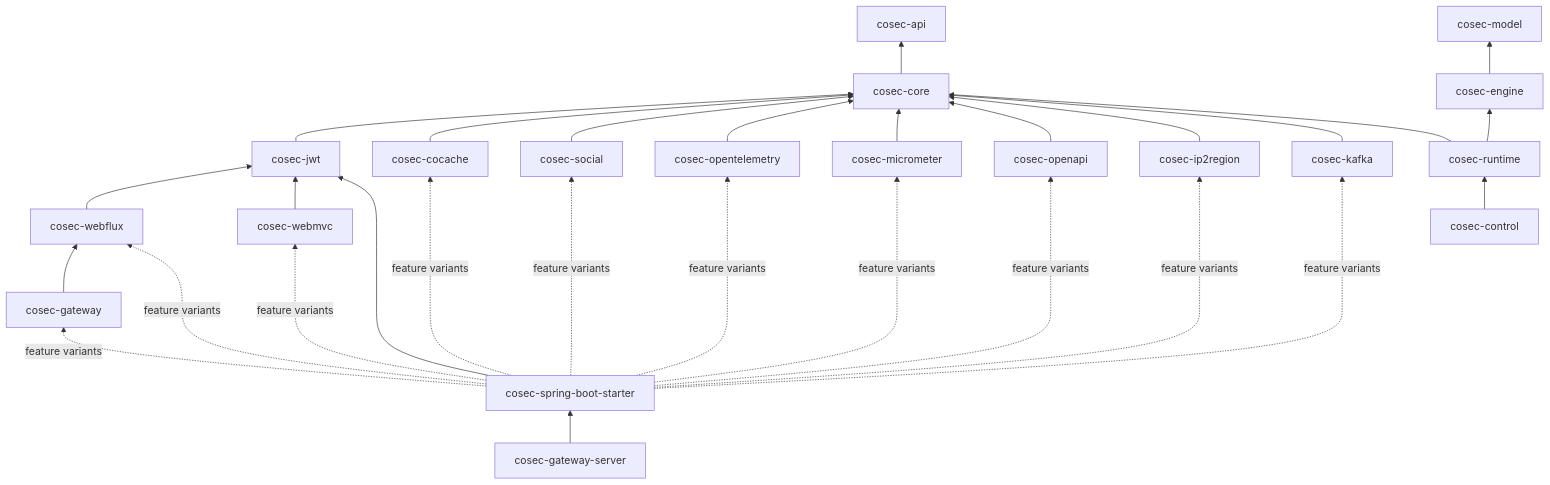
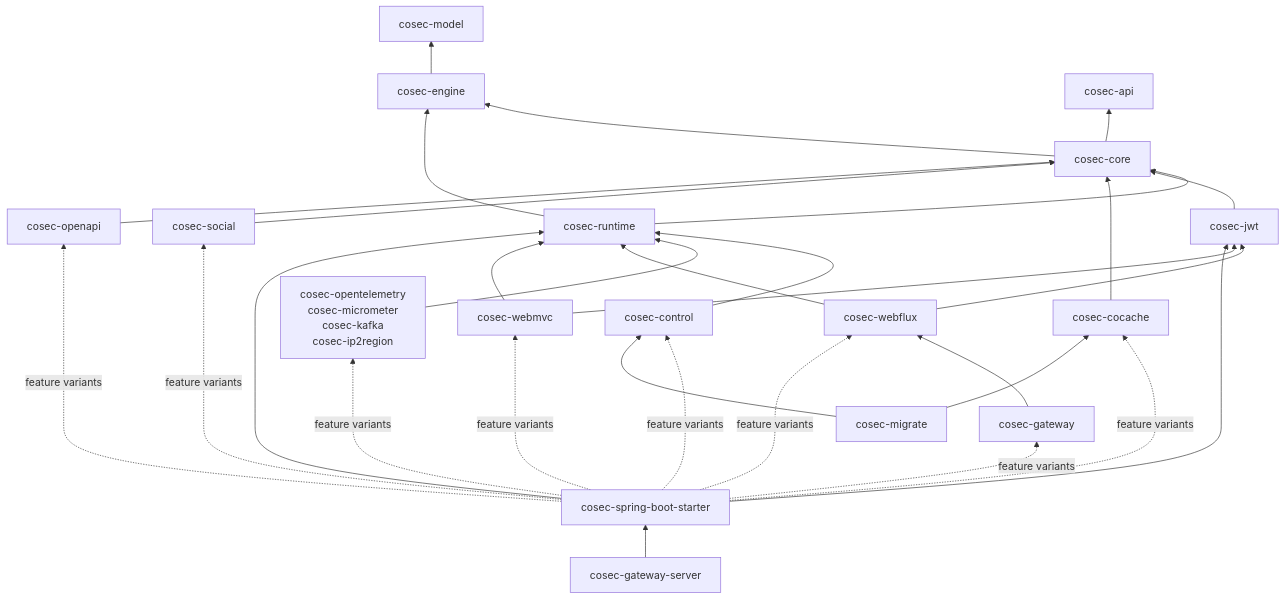
The first of 3 diagrams in wiki/zh/architecture/overview.md (Ahoo-Wang/CoSec), drawn with Mermaid before and after one commit. The commit also changed other lines of this file and 3 other files, not shown here.

Commit message:
docs(architecture): rewrite the overview and extension points for 8.0

````diff
--- a/wiki/zh/architecture/overview.md
+++ b/wiki/zh/architecture/overview.md
@@ -20,23 +21,21 @@
 ```mermaid
 flowchart BT
+    model[cosec-model]
+    engine[cosec-engine] --> model
     api[cosec-api]
-    core[cosec-core] --> api
+    core[cosec-core] --> api & engine
+    runtime[cosec-runtime] --> engine & core
+    control[cosec-control] --> runtime
     jwt[cosec-jwt] --> core
     cocache[cosec-cocache] --> core
     social[cosec-social] --> core
-    otel[cosec-opentelemetry] --> core
-    micrometer[cosec-micrometer] --> core
     openapi[cosec-openapi] --> core
-    ip2r[cosec-ip2region] --> core
-    kafka[cosec-kafka] --> core
-    webflux[cosec-webflux] --> jwt
-    webmvc[cosec-webmvc] --> jwt
+    listeners[cosec-opentelemetry<br>cosec-micrometer<br>cosec-kafka<br>cosec-ip2region] --> runtime
+    webflux[cosec-webflux] --> runtime & jwt
+    webmvc[cosec-webmvc] --> runtime & jwt
     gateway[cosec-gateway] --> webflux
-    starter[cosec-spring-boot-starter] --> jwt
-    starter -. feature variants .-> webflux & webmvc & gateway & cocache & social & otel & micrometer & openapi & ip2r & kafka
+    starter[cosec-spring-boot-starter] --> runtime & jwt
+    starter -. feature variants .-> webflux & webmvc & gateway & cocache & control & social & listeners & openapi
+    migrate[cosec-migrate] --> cocache & control
     server[cosec-gateway-server] --> starter
-    model[cosec-model]
-    engine[cosec-engine] --> model
-    runtime[cosec-runtime] --> engine & core
-    control[cosec-control] --> runtime
 ```
````
